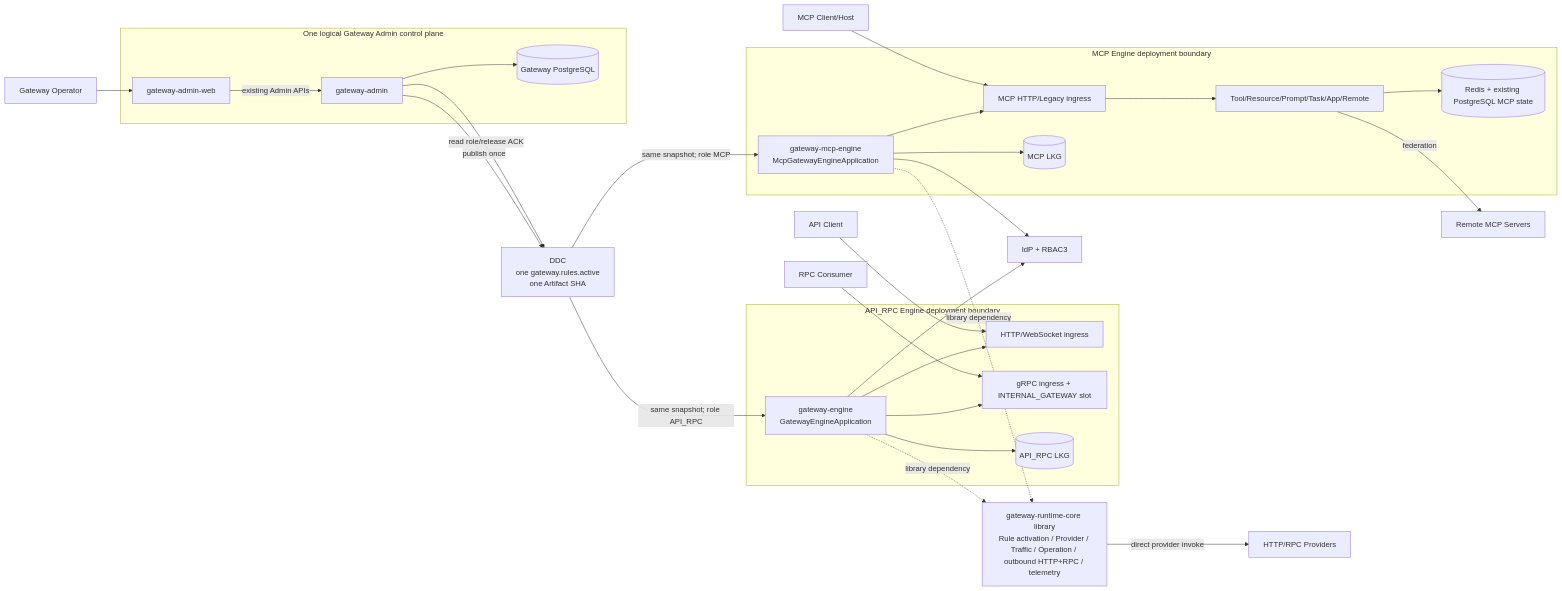
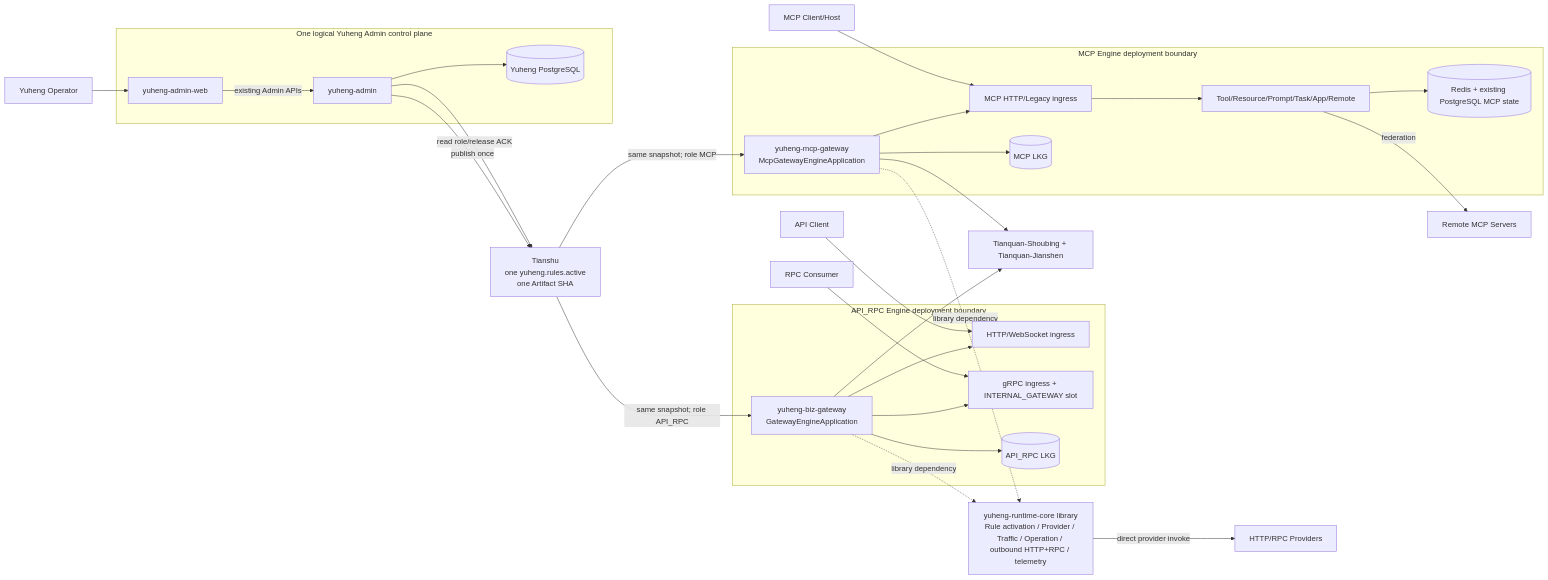
One commit to AllenDEricDAlexander/Egon-COLA changed the second of 4 diagrams in docs/egon/spec/2026-09-02-19-52-gateway-dual-engine-separation.md. Above: the diagram before and after it, drawn with Mermaid. The commit also changed other lines of this file and 233 other files, not shown here.

````diff
--- a/docs/egon/spec/2026-09-02-19-52-gateway-dual-engine-separation.md
+++ b/docs/egon/spec/2026-09-02-19-52-gateway-dual-engine-separation.md
@@ -357,58 +357,58 @@
 ```mermaid
 flowchart LR
     Api["API Client"]
     Rpc["RPC Consumer"]
     Mcp["MCP Client/Host"]
-    Operator["Gateway Operator"]
+    Operator["Yuheng Operator"]
 
-    subgraph Control["One logical Gateway Admin control plane"]
-        Admin["gateway-admin"]
-        AdminWeb["gateway-admin-web"]
-        AdminDb[("Gateway PostgreSQL")]
+    subgraph Control["One logical Yuheng Admin control plane"]
+        Admin["yuheng-admin"]
+        AdminWeb["yuheng-admin-web"]
+        AdminDb[("Yuheng PostgreSQL")]
         AdminWeb -->|"existing Admin APIs"| Admin
         Admin --> AdminDb
     end
 
-    DDC["DDC\none gateway.rules.active\none Artifact SHA"]
+    Tianshu["Tianshu\none yuheng.rules.active\none Artifact SHA"]
 
     subgraph ApiRpcBoundary["API_RPC Engine deployment boundary"]
-        ApiRpcApp["gateway-engine\nGatewayEngineApplication"]
+        ApiRpcApp["yuheng-biz-gateway\nGatewayEngineApplication"]
         ApiIngress["HTTP/WebSocket ingress"]
         RpcIngress["gRPC ingress + INTERNAL_GATEWAY slot"]
         ApiRpcLkg[("API_RPC LKG")]
         ApiRpcApp --> ApiIngress
         ApiRpcApp --> RpcIngress
         ApiRpcApp --> ApiRpcLkg
     end
 
     subgraph McpBoundary["MCP Engine deployment boundary"]
-        McpApp["gateway-mcp-engine\nMcpGatewayEngineApplication"]
+        McpApp["yuheng-mcp-gateway\nMcpGatewayEngineApplication"]
         McpIngress["MCP HTTP/Legacy ingress"]
         McpRuntime["Tool/Resource/Prompt/Task/App/Remote"]
         McpLkg[("MCP LKG")]
         McpState[("Redis + existing PostgreSQL MCP state")]
         McpApp --> McpIngress --> McpRuntime
         McpApp --> McpLkg
         McpRuntime --> McpState
     end
 
-    Shared["gateway-runtime-core library\nRule activation / Provider / Traffic / Operation / outbound HTTP+RPC / telemetry"]
+    Shared["yuheng-runtime-core library\nRule activation / Provider / Traffic / Operation / outbound HTTP+RPC / telemetry"]
     Providers["HTTP/RPC Providers"]
     Remote["Remote MCP Servers"]
-    IdpRbac["IdP + RBAC3"]
+    IdpRbac["Tianquan-Shoubing + Tianquan-Jianshen"]
 
     Operator --> AdminWeb
-    Admin -->|"publish once"| DDC
-    DDC -->|"same snapshot; role API_RPC"| ApiRpcApp
-    DDC -->|"same snapshot; role MCP"| McpApp
+    Admin -->|"publish once"| Tianshu
+    Tianshu -->|"same snapshot; role API_RPC"| ApiRpcApp
+    Tianshu -->|"same snapshot; role MCP"| McpApp
     Api --> ApiIngress
     Rpc --> RpcIngress
     Mcp --> McpIngress
     ApiRpcApp -. "library dependency" .-> Shared
     McpApp -. "library dependency" .-> Shared
     Shared -->|"direct provider invoke"| Providers
     McpRuntime -->|"federation"| Remote
     ApiRpcApp --> IdpRbac
     McpApp --> IdpRbac
-    Admin -->|"read role/release ACK"| DDC
+    Admin -->|"read role/release ACK"| Tianshu
 ```
````
